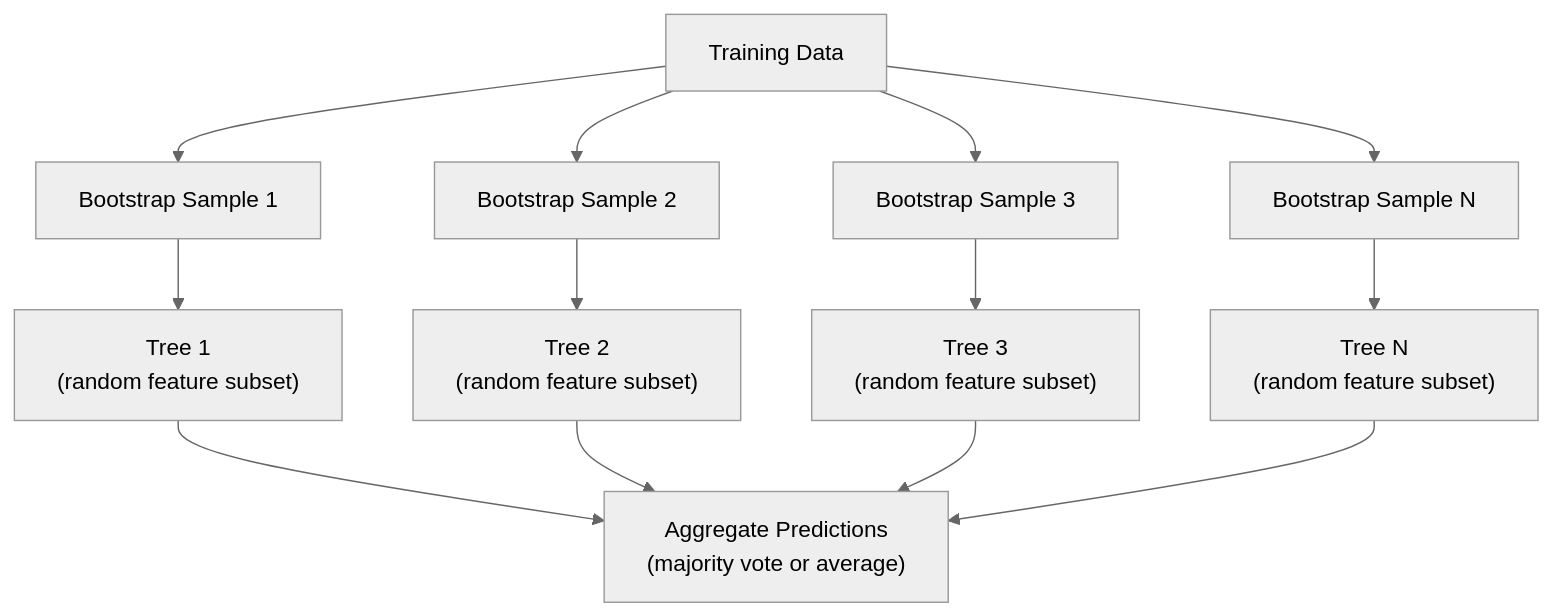
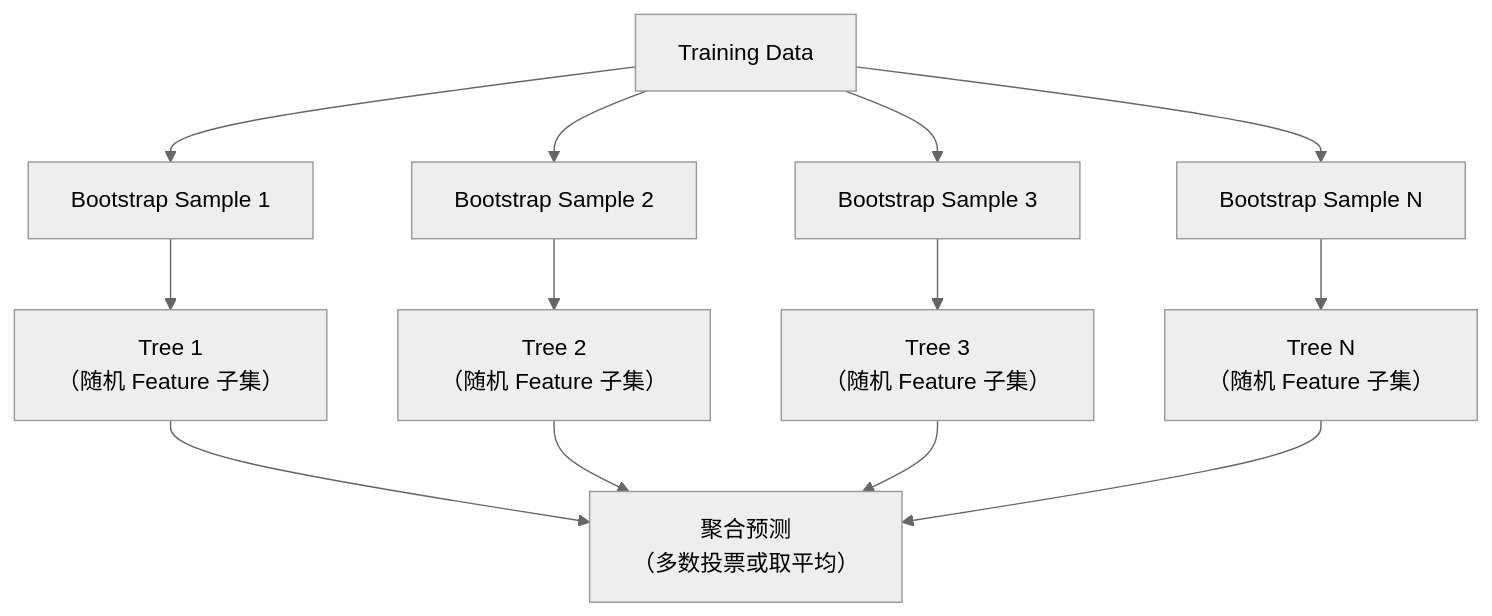
The second of 2 diagrams in phases/02-ml-fundamentals/04-decision-trees/docs/en.md (cluster1900/ai-engineering-from-scratch-zh), drawn with Mermaid (neutral theme) before and after one commit. The commit also changed other lines of this file and 2 other files, not shown here.

````diff
--- a/phases/02-ml-fundamentals/04-decision-trees/docs/en.md
+++ b/phases/02-ml-fundamentals/04-decision-trees/docs/en.md
@@ -138,15 +138,15 @@
 ```mermaid
 graph TD
     D["Training Data"] --> B1["Bootstrap Sample 1"]
     D --> B2["Bootstrap Sample 2"]
     D --> B3["Bootstrap Sample 3"]
     D --> BN["Bootstrap Sample N"]
-    B1 --> T1["Tree 1<br>(random feature subset)"]
-    B2 --> T2["Tree 2<br>(random feature subset)"]
-    B3 --> T3["Tree 3<br>(random feature subset)"]
-    BN --> TN["Tree N<br>(random feature subset)"]
-    T1 --> V["Aggregate Predictions<br>(majority vote or average)"]
+    B1 --> T1["Tree 1<br>（随机 Feature 子集）"]
+    B2 --> T2["Tree 2<br>（随机 Feature 子集）"]
+    B3 --> T3["Tree 3<br>（随机 Feature 子集）"]
+    BN --> TN["Tree N<br>（随机 Feature 子集）"]
+    T1 --> V["聚合预测<br>（多数投票或取平均）"]
     T2 --> V
     T3 --> V
     TN --> V
 ```
````
